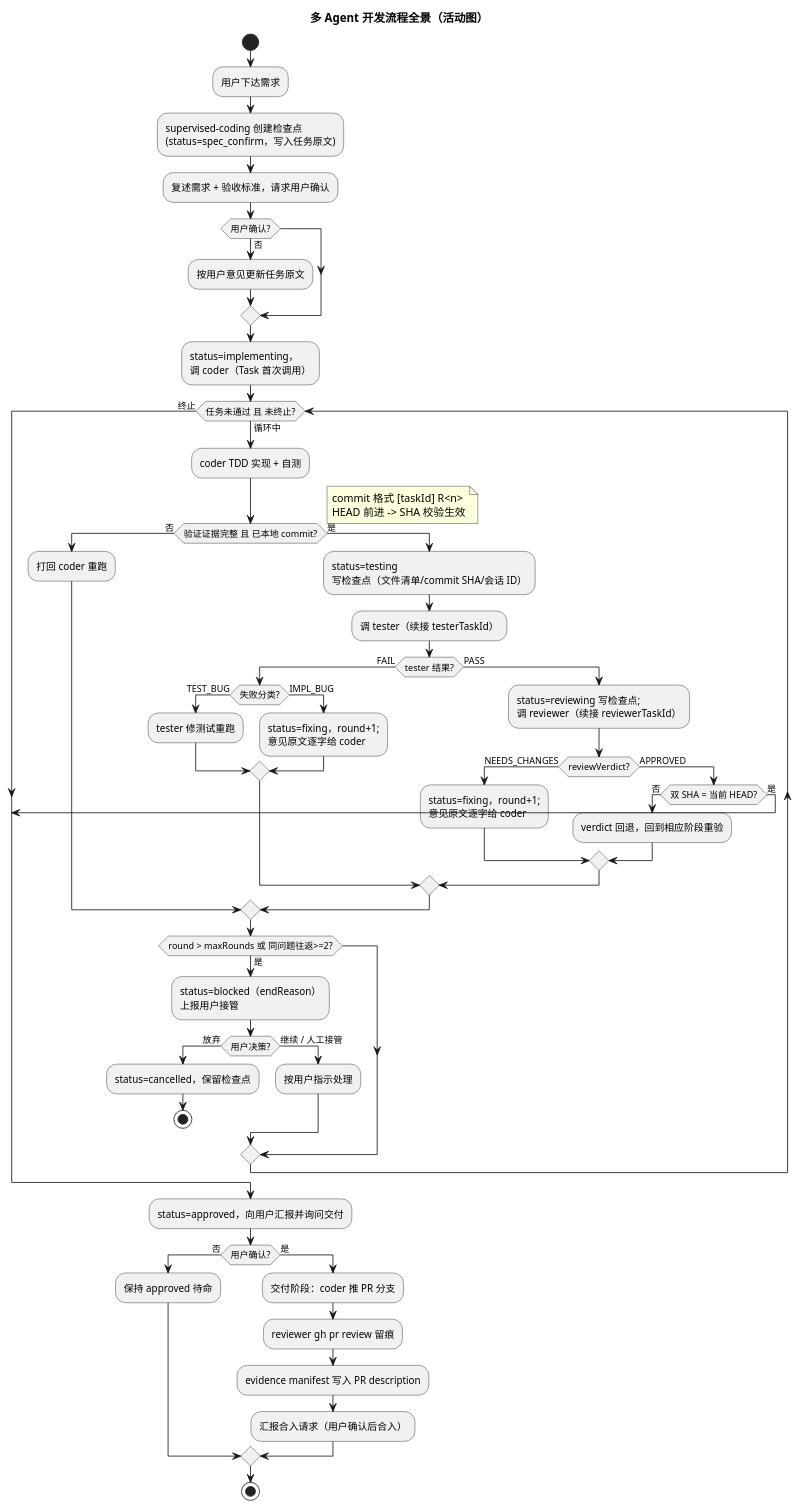
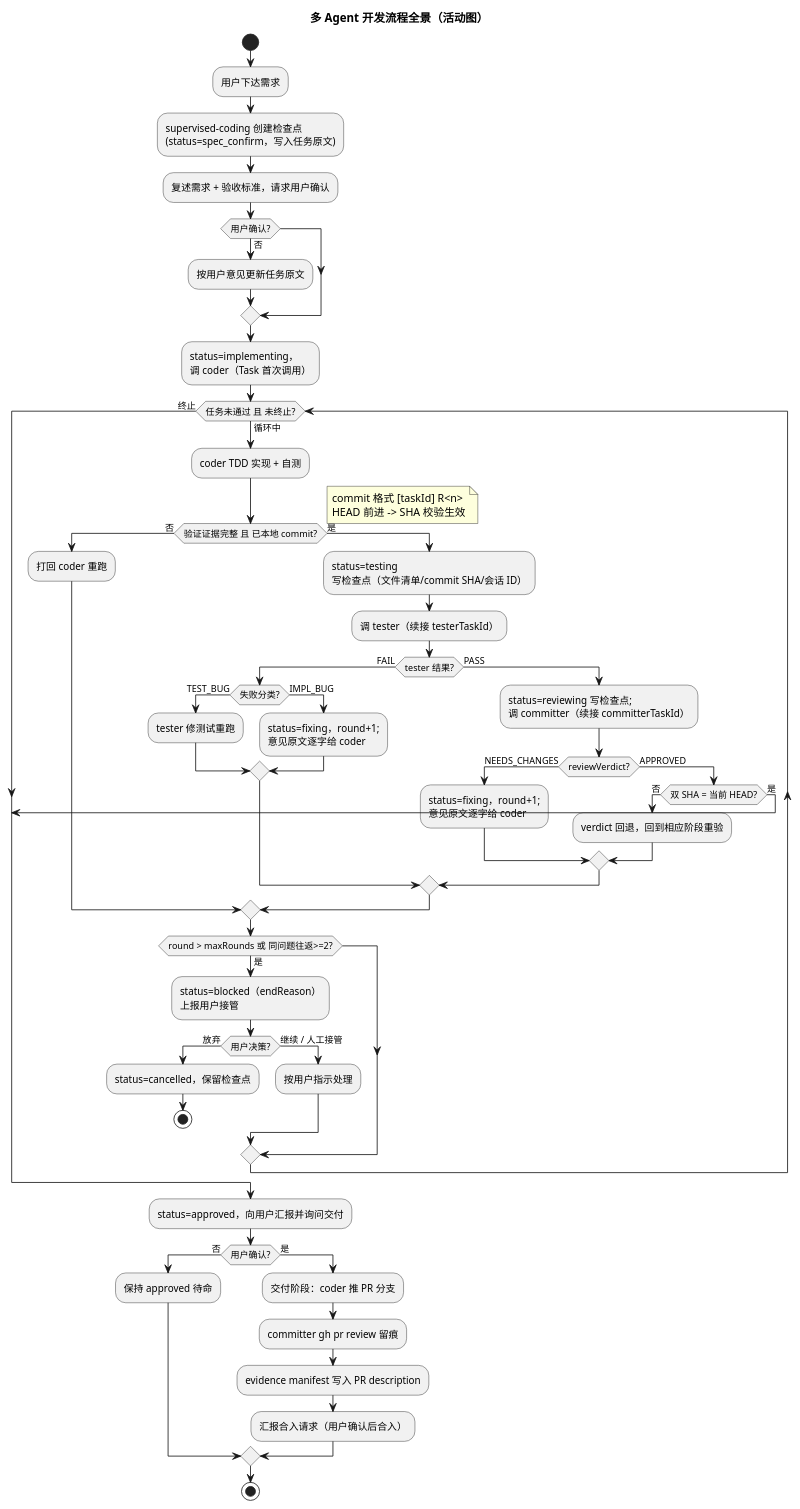
One commit to yq3/lab changed the first of 2 diagrams in .opencode/README.md. Above: the diagram before and after it, drawn with PlantUML. The commit also changed other lines of this file and 5 other files, not shown here.

First line of the commit message:
refactor(opencode): rename reviewer to committer, fix naming taxonomy

````diff
--- a/.opencode/README.md
+++ b/.opencode/README.md
@@ -130,64 +130,64 @@
 ```puml
 title 多 Agent 开发流程全景（活动图）
 
 start
 :用户下达需求;
 :supervised-coding 创建检查点\n(status=spec_confirm，写入任务原文);
 :复述需求 + 验收标准，请求用户确认;
 if (用户确认?) then (否)
   :按用户意见更新任务原文;
 endif
 :status=implementing，\n调 coder（Task 首次调用）;
 
 while (任务未通过 且 未终止?) is (循环中)
   :coder TDD 实现 + 自测;
   if (验证证据完整 且 已本地 commit?) then (否)
     :打回 coder 重跑;
   else (是)
     note right
       commit 格式 [taskId] R<n>
       HEAD 前进 -> SHA 校验生效
     end note
     :status=testing\n写检查点（文件清单/commit SHA/会话 ID）;
     :调 tester（续接 testerTaskId）;
     if (tester 结果?) then (FAIL)
       if (失败分类?) then (TEST_BUG)
         :tester 修测试重跑;
       else (IMPL_BUG)
         :status=fixing，round+1;\n意见原文逐字给 coder;
       endif
     else (PASS)
-      :status=reviewing 写检查点;\n调 reviewer（续接 reviewerTaskId）;
+      :status=reviewing 写检查点;\n调 committer（续接 committerTaskId）;
       if (reviewVerdict?) then (NEEDS_CHANGES)
         :status=fixing，round+1;\n意见原文逐字给 coder;
       else (APPROVED)
         if (双 SHA = 当前 HEAD?) then (否)
           :verdict 回退，回到相应阶段重验;
         else (是)
           break
         endif
       endif
     endif
   endif
   if (round > maxRounds 或 同问题往返>=2?) then (是)
     :status=blocked（endReason）\n上报用户接管;
     if (用户决策?) then (放弃)
       :status=cancelled，保留检查点;
       stop
     else (继续 / 人工接管)
       :按用户指示处理;
     endif
   endif
 endwhile (终止)
 
 :status=approved，向用户汇报并询问交付;
 if (用户确认?) then (否)
   :保持 approved 待命;
 else (是)
   :交付阶段：coder 推 PR 分支;
-  :reviewer gh pr review 留痕;
+  :committer gh pr review 留痕;
   :evidence manifest 写入 PR description;
   :汇报合入请求（用户确认后合入）;
 endif
 stop
 ```
````
